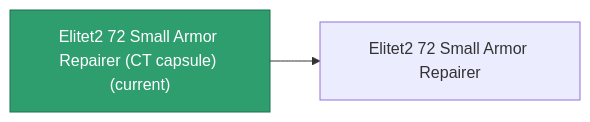
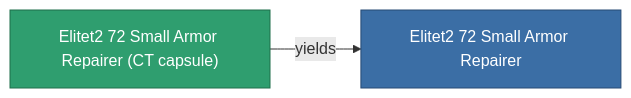
Before and after one commit to OpenPerpetuum/Wiki: the diagram in content/content/items/elitet2_72_small_armor_repairer_CT_capsule.md, drawn with Mermaid. The commit also changed other lines of this file and 2015 other files, not shown here.

````diff
--- a/content/content/items/elitet2_72_small_armor_repairer_CT_capsule.md
+++ b/content/content/items/elitet2_72_small_armor_repairer_CT_capsule.md
@@ -33,8 +33,9 @@
 ```mermaid
 graph LR
-    a["Elitet2 72 Small Armor Repairer (CT capsule) (current)"]:::current
-    b["Elitet2 72 Small Armor Repairer"]
-    a --> b
-    click b "/content/items/elitet2-72-small-armor-repairer/" "Elitet2 72 Small Armor Repairer"
+    a["Elitet2 72 Small Armor Repairer (CT capsule)"]:::current
+    b["Elitet2 72 Small Armor Repairer"]:::finished
+    a -->|yields| b
+                click b "/content/items/elitet2-72-small-armor-repairer/" "Elitet2 72 Small Armor Repairer"
     classDef current fill:#2f9e6f,stroke:#1f6f4a,color:#ffffff
+    classDef finished fill:#3b6ea5,stroke:#274a75,color:#ffffff
 ```
````
